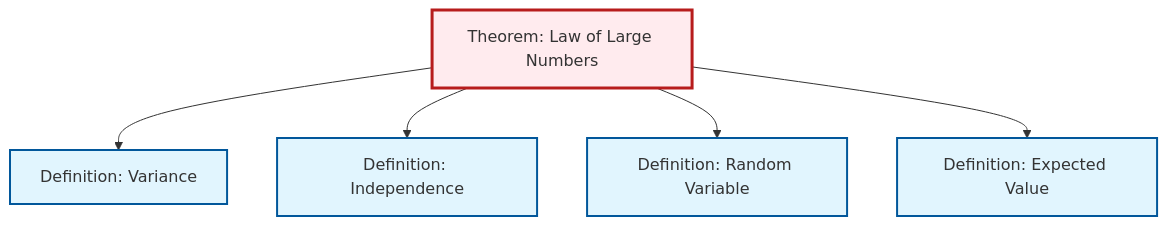
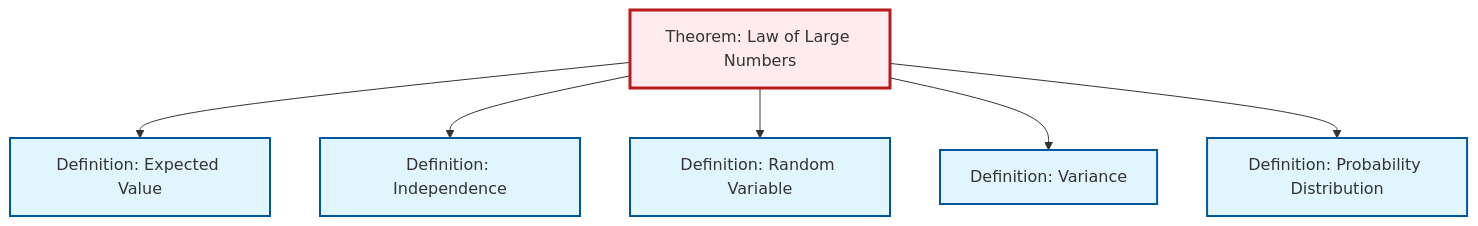
One commit to RK0429/ModernMath changed the second of 2 diagrams in content/en/probability-statistics/thm-law-of-large-numbers.qmd. Above: the diagram before and after it, drawn with Mermaid. The commit also changed 634 other files, not shown here.

````diff
--- a/content/en/probability-statistics/thm-law-of-large-numbers.qmd
+++ b/content/en/probability-statistics/thm-law-of-large-numbers.qmd
@@ -89,23 +89,26 @@
 ```{mermaid}
 %%| fig-cap: "Local dependency graph"
 graph TD
     classDef definition fill:#e1f5fe,stroke:#01579b,stroke-width:2px
     classDef theorem fill:#f3e5f5,stroke:#4a148c,stroke-width:2px
     classDef axiom fill:#fff3e0,stroke:#e65100,stroke-width:2px
     classDef example fill:#e8f5e9,stroke:#1b5e20,stroke-width:2px
     classDef current fill:#ffebee,stroke:#b71c1c,stroke-width:3px
+    def-independence["Definition: Independence"]:::definition
+    def-expectation["Definition: Expected Value"]:::definition
+    def-variance["Definition: Variance"]:::definition
+    def-probability-distribution["Definition: Probability Distribution"]:::definition
     thm-law-of-large-numbers["Theorem: Law of Large Numbers"]:::theorem
-    def-expectation["Definition: Expected Value"]:::definition
     def-random-variable["Definition: Random Variable"]:::definition
-    def-variance["Definition: Variance"]:::definition
-    def-independence["Definition: Independence"]:::definition
-    thm-law-of-large-numbers --> def-variance
+    thm-law-of-large-numbers --> def-expectation
     thm-law-of-large-numbers --> def-independence
     thm-law-of-large-numbers --> def-random-variable
-    thm-law-of-large-numbers --> def-expectation
+    thm-law-of-large-numbers --> def-variance
+    thm-law-of-large-numbers --> def-probability-distribution
     class thm-law-of-large-numbers current
+    click def-independence "def-independence.html" "Go to Independence definition"
     click def-expectation "def-expectation.html" "Go to Expected Value definition"
+    click def-variance "def-variance.html" "Go to Variance definition"
+    click def-probability-distribution "def-probability-distribution.html" "Go to Probability Distribution definition"
     click def-random-variable "def-random-variable.html" "Go to Random Variable definition"
-    click def-variance "def-variance.html" "Go to Variance definition"
-    click def-independence "def-independence.html" "Go to Independence definition"
 ```
````
